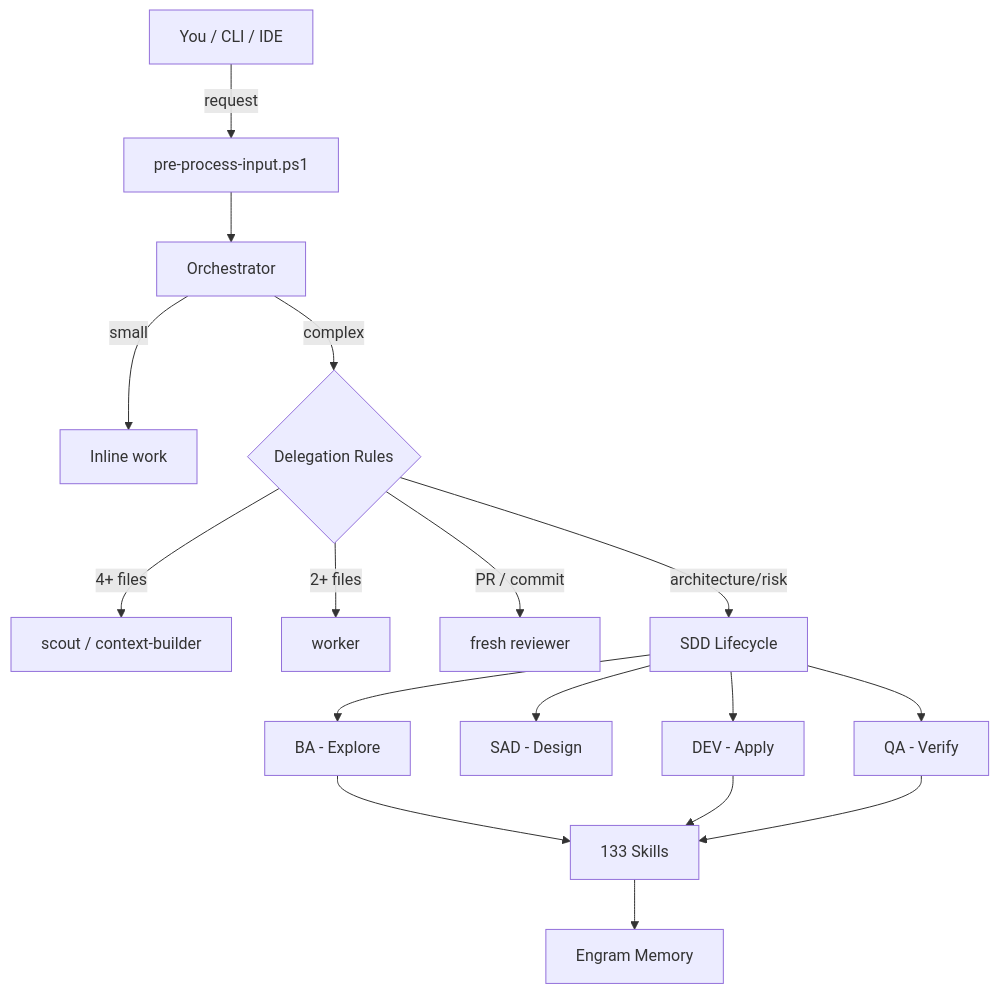
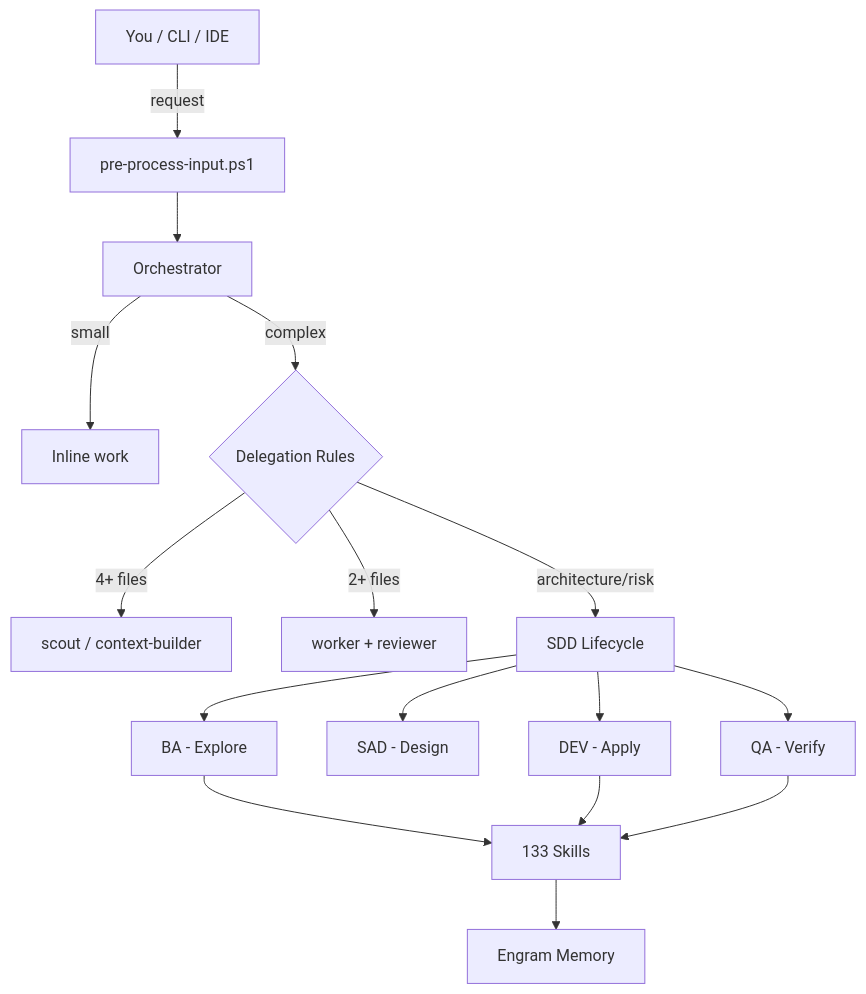
The diagram in README.md (EmmanuelOrtiz87/gentle-vanguard), drawn with Mermaid before and after one commit. The commit also changed other lines of this file and 6 other files, not shown here.

````diff
--- a/README.md
+++ b/README.md
@@ -41,24 +44,23 @@
 ```mermaid
 flowchart TB
     YOU[You / CLI / IDE]
     YOU -->|request| PP[pre-process-input.ps1]
     PP --> ORC[Orchestrator]
 
     ORC -->|small| INLINE[Inline work]
     ORC -->|complex| DELEGATE{Delegation Rules}
     DELEGATE -->|4+ files| SCOUT[scout / context-builder]
-    DELEGATE -->|2+ files| WORKER[worker]
-    DELEGATE -->|PR / commit| REVIEWER[fresh reviewer]
+    DELEGATE -->|2+ files| WORKER[worker + reviewer]
     DELEGATE -->|architecture/risk| SDD[SDD Lifecycle]
 
     SDD --> BA[BA - Explore]
     SDD --> SAD[SAD - Design]
     SDD --> DEV[DEV - Apply]
     SDD --> QA[QA - Verify]
 
     BA --> SKILLS[133 Skills]
     DEV --> SKILLS
     QA --> SKILLS
 
     SKILLS --> MEM[Engram Memory]
 ```
````
